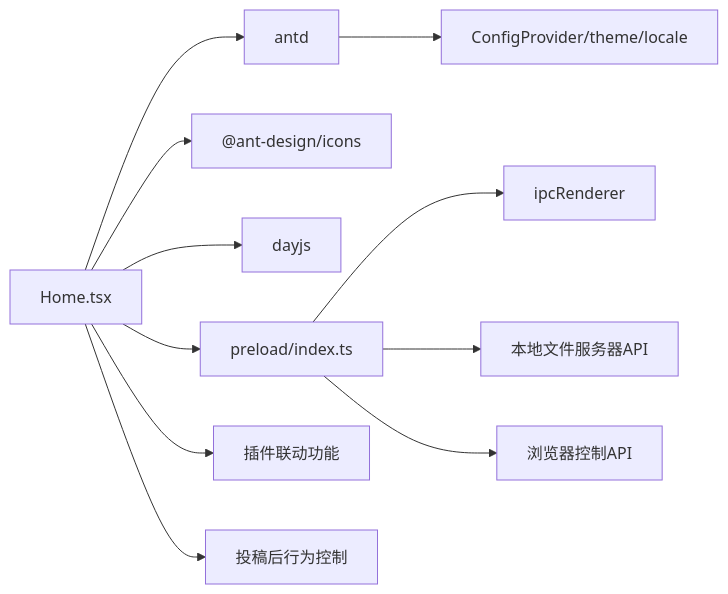
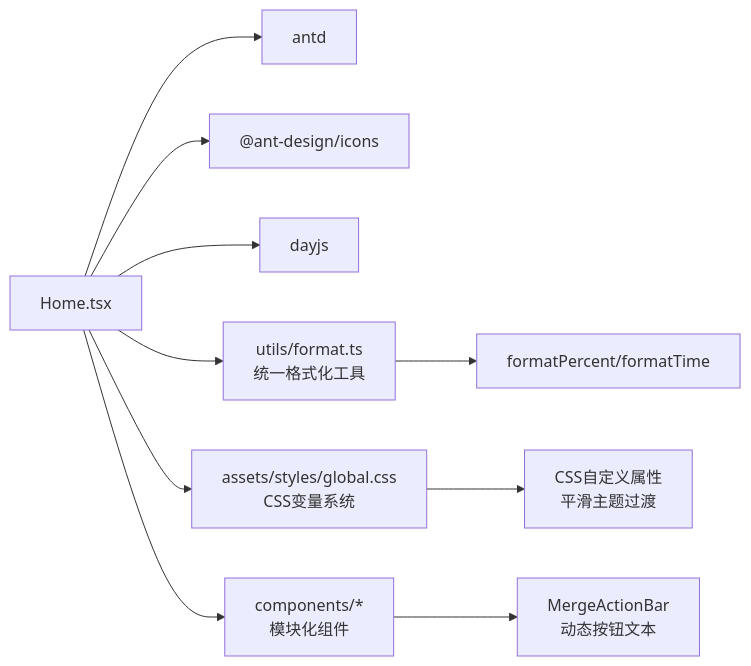
The fifth of 5 diagrams in .qoder/repowiki/zh/content/用户界面.md (HoarfrostKimi/Video-Merger), drawn with Mermaid before and after one commit. The commit also changed other lines of this file and 43 other files, not shown here.

````diff
--- a/.qoder/repowiki/zh/content/用户界面.md
+++ b/.qoder/repowiki/zh/content/用户界面.md
@@ -317,13 +376,12 @@
 ```mermaid
 graph LR
 A["Home.tsx"] --> B["antd"]
 A --> C["@ant-design/icons"]
 A --> D["dayjs"]
-A --> E["preload/index.ts"]
-B --> F["ConfigProvider/theme/locale"]
-E --> G["ipcRenderer"]
-E --> H["本地文件服务器API"]
-E --> I["浏览器控制API"]
-A --> J["插件联动功能"]
-A --> K["投稿后行为控制"]
+A --> E["utils/format.ts<br/>统一格式化工具"]
+A --> F["assets/styles/global.css<br/>CSS变量系统"]
+E --> G["formatPercent/formatTime"]
+F --> H["CSS自定义属性<br/>平滑主题过渡"]
+A --> I["components/*<br/>模块化组件"]
+I --> J["MergeActionBar<br/>动态按钮文本"]
 ```
````
